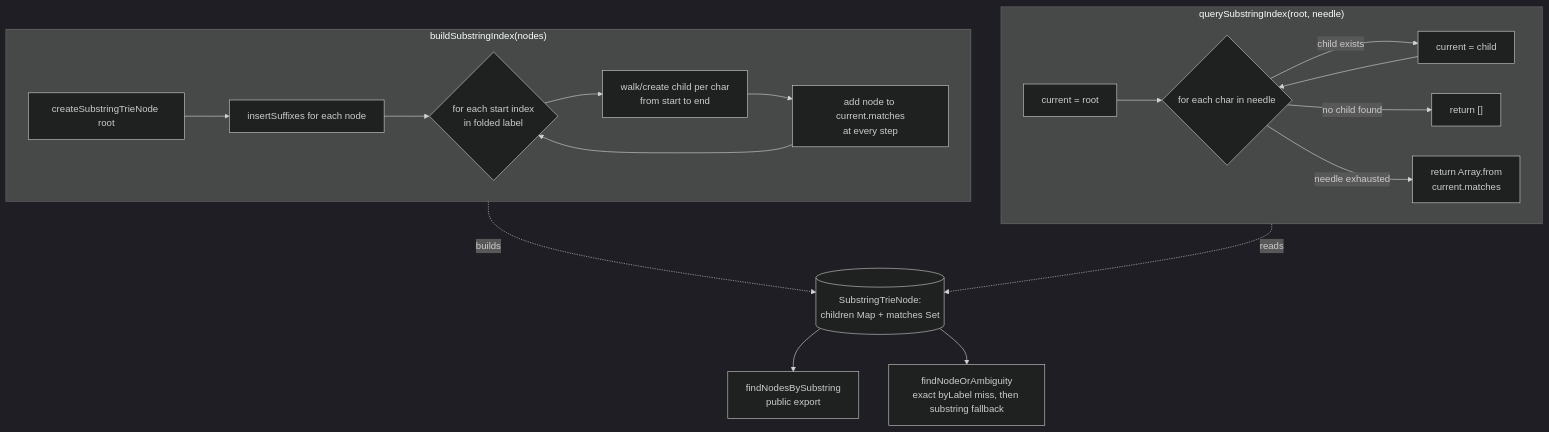
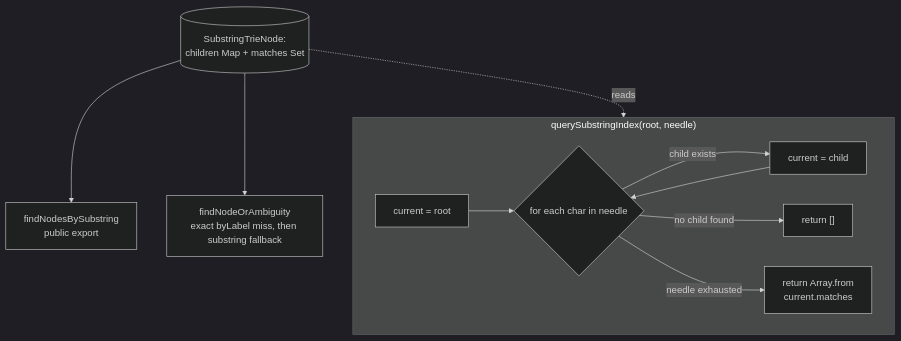
The second of 2 diagrams in docs/categories/suffix-trie-index.md (jgyy/architect-model), drawn with Mermaid (dark theme) before and after one commit. The commit also changed 31 other files, not shown here.

Commit message:
docs: split mermaids into 2 for easier viewing (#52)

````diff
--- a/docs/categories/suffix-trie-index.md
+++ b/docs/categories/suffix-trie-index.md
@@ -7,24 +24,15 @@
 ```mermaid
 flowchart TD
-    subgraph Build["buildSubstringIndex(nodes)"]
-        A[createSubstringTrieNode root] --> B[insertSuffixes for each node]
-        B --> C{for each start index<br/>in folded label}
-        C --> D[walk/create child per char<br/>from start to end]
-        D --> E[add node to current.matches<br/>at every step]
-        E --> C
-    end
-
     subgraph Query["querySubstringIndex(root, needle)"]
         Q1[current = root] --> Q2{for each char in needle}
         Q2 -->|child exists| Q3[current = child]
         Q3 --> Q2
         Q2 -->|no child found| Q4["return []"]
         Q2 -->|needle exhausted| Q5[return Array.from<br/>current.matches]
     end
 
-    Build -.builds.-> Trie[(SubstringTrieNode:<br/>children Map + matches Set)]
-    Query -.reads.-> Trie
+    Trie[(SubstringTrieNode:<br/>children Map + matches Set)] -.reads.-> Query
 
     Trie --> Caller1[findNodesBySubstring<br/>public export]
     Trie --> Caller2[findNodeOrAmbiguity<br/>exact byLabel miss, then substring fallback]
 ```
````
